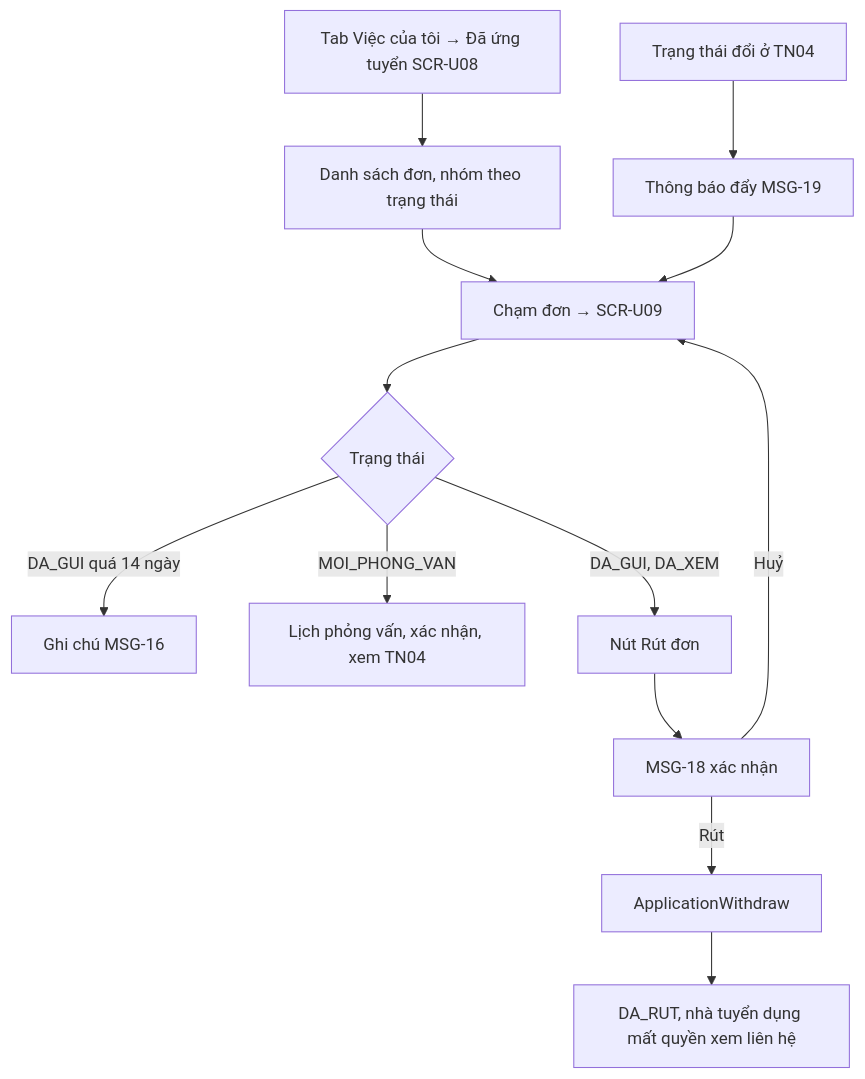
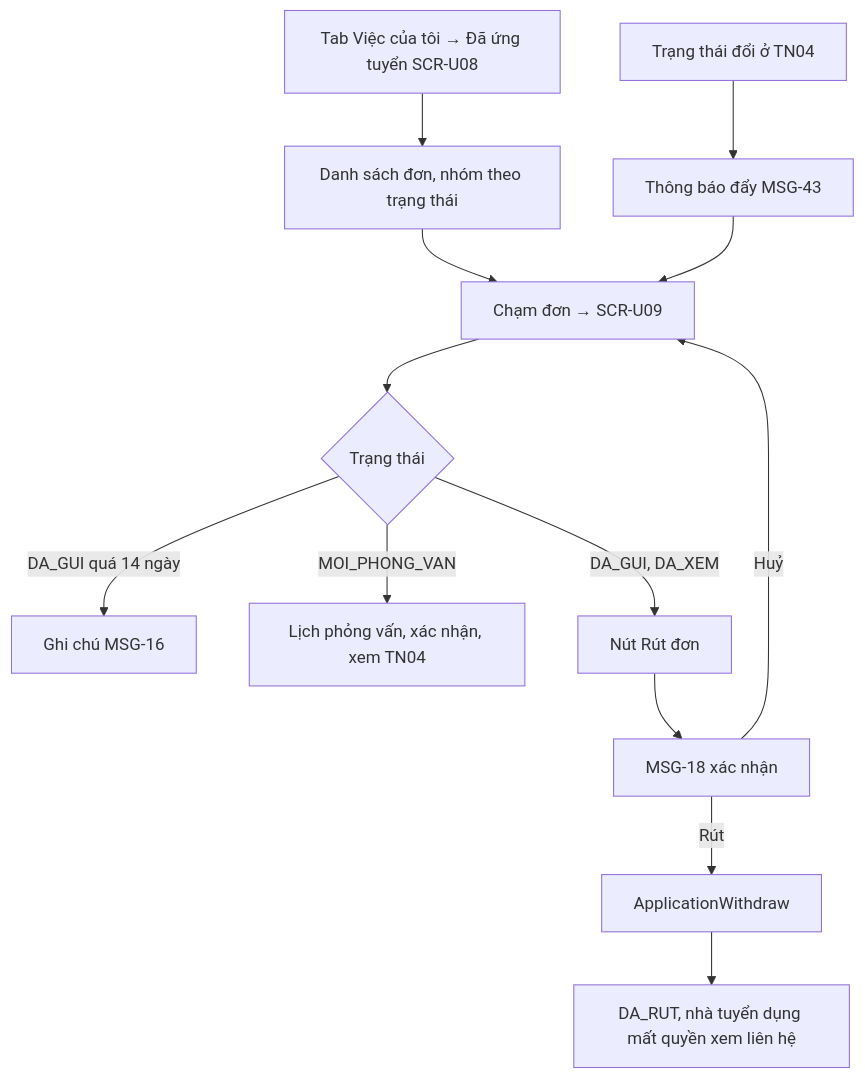
One commit to uxfoundation-vn/de05-app-tim-viec changed the fourth of 5 diagrams in docs/TN02-tim-viec-ung-tuyen/SRS.md. Above: the diagram before and after it, drawn with Mermaid. The commit also changed other lines of this file and 3 other files, not shown here.

````diff
--- a/docs/TN02-tim-viec-ung-tuyen/SRS.md
+++ b/docs/TN02-tim-viec-ung-tuyen/SRS.md
@@ -193,15 +196,15 @@
 ```mermaid
 flowchart TD
   A["Tab Việc của tôi → Đã ứng tuyển SCR-U08"] --> B["Danh sách đơn, nhóm theo trạng thái"]
   B --> C["Chạm đơn → SCR-U09"]
   C --> D{"Trạng thái"}
   D -->|DA_GUI quá 14 ngày| D1["Ghi chú MSG-16"]
   D -->|MOI_PHONG_VAN| D2["Lịch phỏng vấn, xác nhận, xem TN04"]
   D -->|DA_GUI, DA_XEM| E["Nút Rút đơn"]
   E --> F["MSG-18 xác nhận"]
   F -->|Rút| G["ApplicationWithdraw"]
   G --> H["DA_RUT, nhà tuyển dụng mất quyền xem liên hệ"]
   F -->|Huỷ| C
-  I["Trạng thái đổi ở TN04"] --> J["Thông báo đẩy MSG-19"]
+  I["Trạng thái đổi ở TN04"] --> J["Thông báo đẩy MSG-43"]
   J --> C
 ```
````
